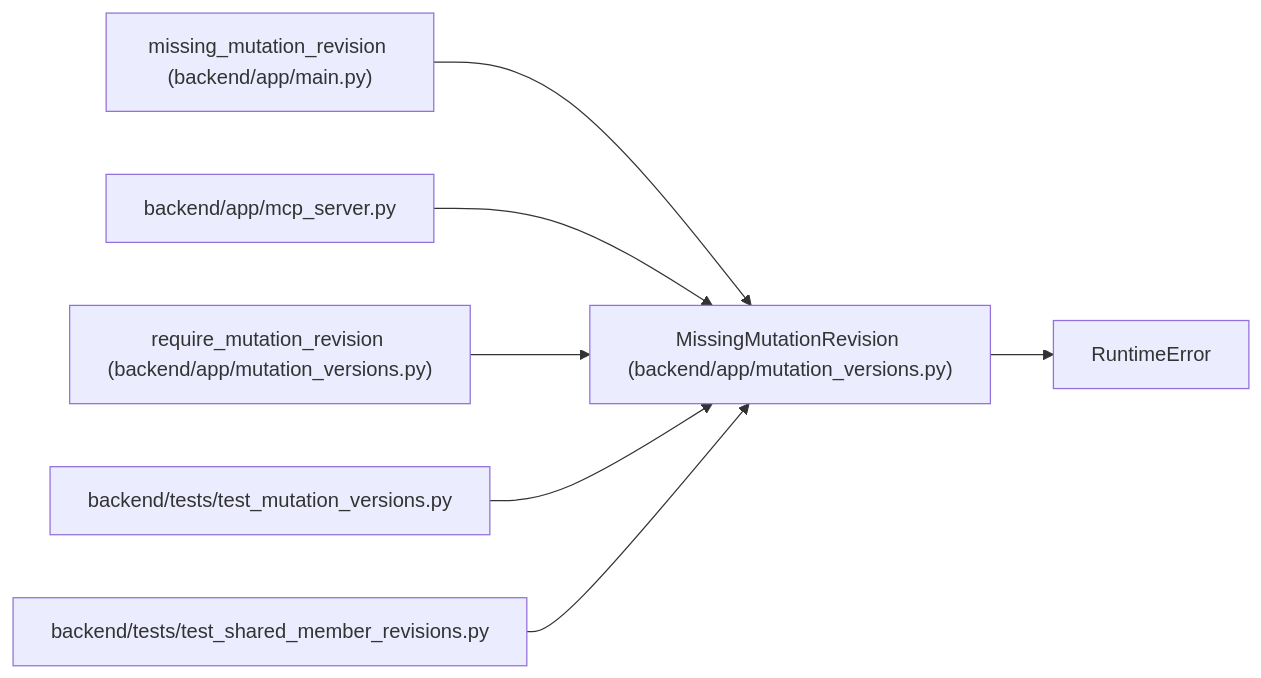
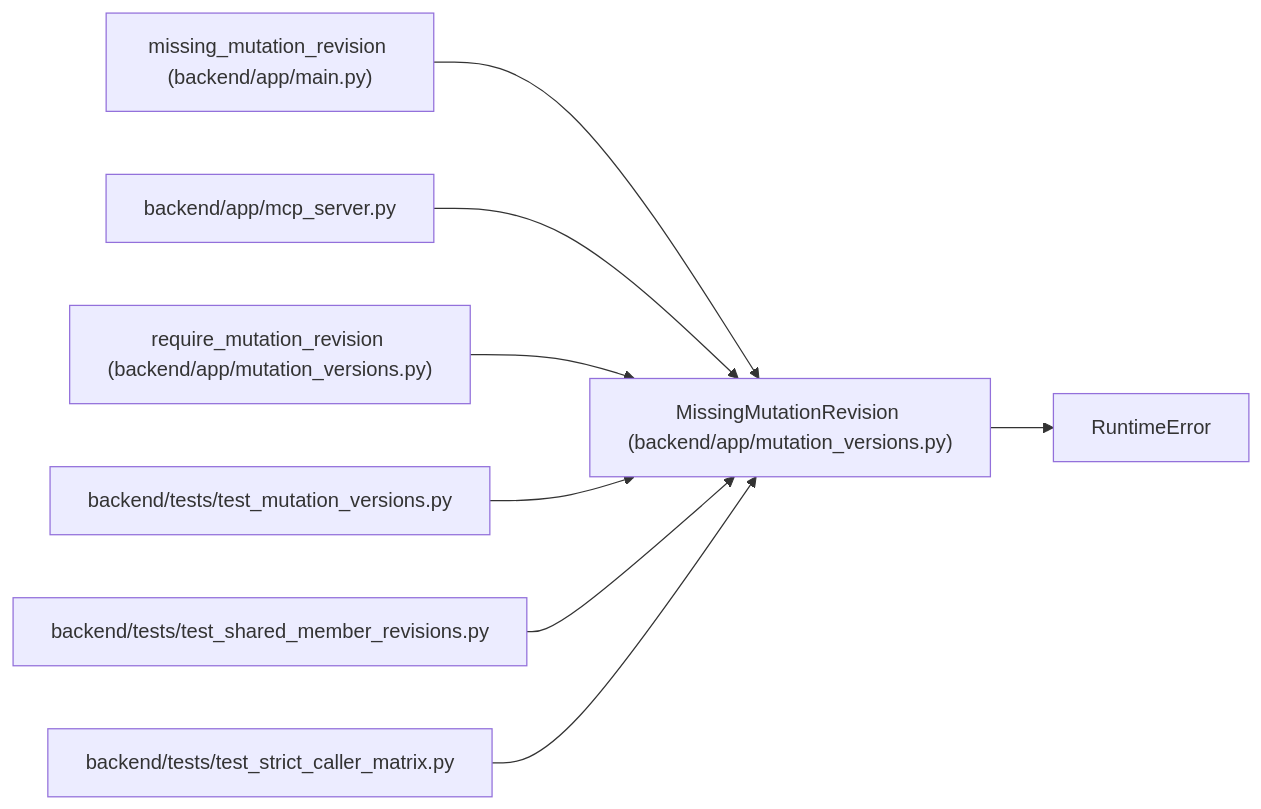
Before and after one commit to Denissvgn/WorkChord: the diagram in docs/llm_wiki/entities/MissingMutationRevision.md, drawn with Mermaid. The commit also changed other lines of this file and 398 other files, not shown here.

Commit message:
docs(wiki): describe qualified strict caller recovery boundaries

````diff
--- a/docs/llm_wiki/entities/MissingMutationRevision.md
+++ b/docs/llm_wiki/entities/MissingMutationRevision.md
@@ -26,22 +26,25 @@
 ```mermaid
 flowchart LR
     n0["MissingMutationRevision (backend/app/mutation_versions.py)"]
     n1["RuntimeError"]
     n2["missing_mutation_revision (backend/app/main.py)"]
     n3["backend/app/mcp_server.py"]
     n4["require_mutation_revision (backend/app/mutation_versions.py)"]
     n5["backend/tests/test_mutation_versions.py"]
     n6["backend/tests/test_shared_member_revisions.py"]
+    n7["backend/tests/test_strict_caller_matrix.py"]
     n0 --> n1
     n2 --> n0
     n3 --> n0
     n4 --> n0
     n5 --> n0
     n6 --> n0
+    n7 --> n0
     click n0 "../modules/mutation_versions.md"
     click n2 "../modules/app_main.md"
     click n3 "../modules/mcp_server.md"
     click n4 "../modules/mutation_versions.md"
     click n5 "../modules/test_mutation_versions.md"
     click n6 "../modules/test_shared_member_revisions.md"
+    click n7 "../modules/test_strict_caller_matrix.md"
 ```
````
